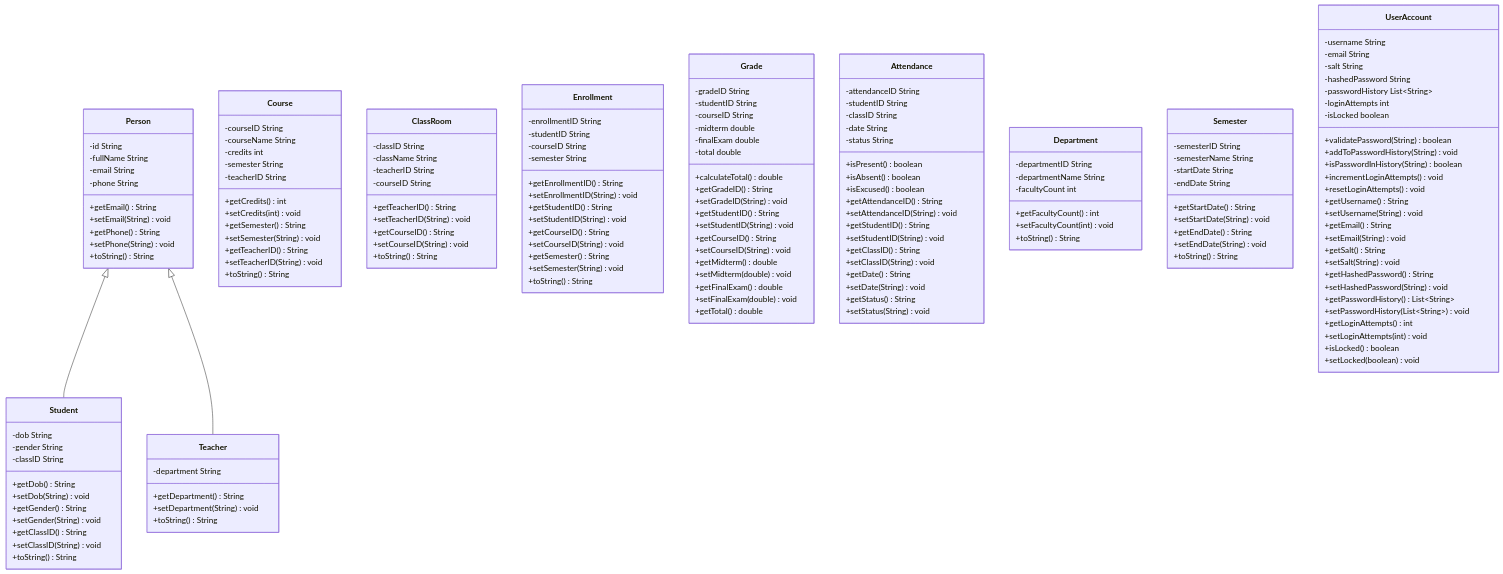
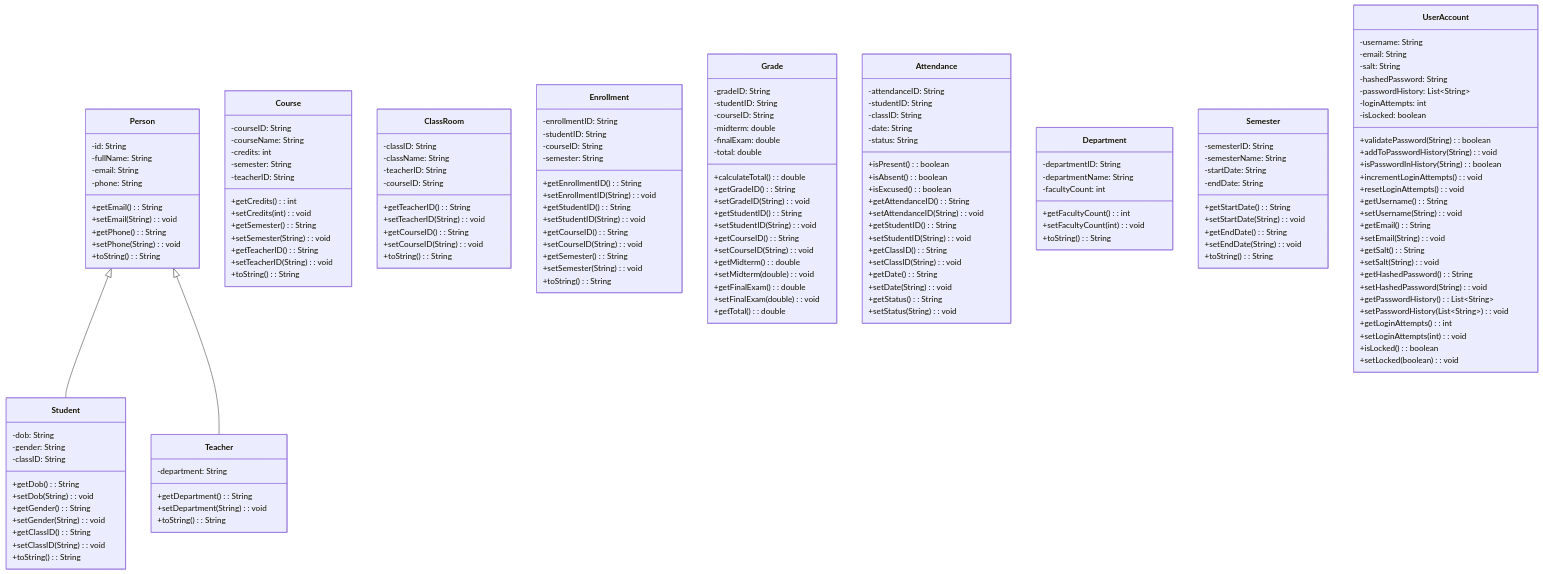
The diagram in docs/ClassDiagrams/ClassDiagram.md (phucphuc2006/pro-192), drawn with Mermaid before and after one commit.

Commit message:
Update Class Diagram: remove Identifiable and format attributes

````diff
--- a/docs/ClassDiagrams/ClassDiagram.md
+++ b/docs/ClassDiagrams/ClassDiagram.md
@@ -7,35 +7,35 @@
 
 
     class Person {
-        -id String
-        -fullName String
-        -email String
-        -phone String
-        +getEmail() String
-        +setEmail(String) void
-        +getPhone() String
-        +setPhone(String) void
-        +toString() String
+        -id: String
+        -fullName: String
+        -email: String
+        -phone: String
+        +getEmail(): String
+        +setEmail(String): void
+        +getPhone(): String
+        +setPhone(String): void
+        +toString(): String
     }
 
     class Student {
-        -dob String
-        -gender String
-        -classID String
-        +getDob() String
-        +setDob(String) void
-        +getGender() String
-        +setGender(String) void
-        +getClassID() String
-        +setClassID(String) void
-        +toString() String
+        -dob: String
+        -gender: String
+        -classID: String
+        +getDob(): String
+        +setDob(String): void
+        +getGender(): String
+        +setGender(String): void
+        +getClassID(): String
+        +setClassID(String): void
+        +toString(): String
     }
 
     class Teacher {
-        -department String
-        +getDepartment() String
-        +setDepartment(String) void
-        +toString() String
+        -department: String
+        +getDepartment(): String
+        +setDepartment(String): void
+        +toString(): String
     }
 
 
@@ -43,141 +43,141 @@
     Person <|-- Teacher
 
     class Course {
-        -courseID String
-        -courseName String
-        -credits int
-        -semester String
-        -teacherID String
-        +getCredits() int
-        +setCredits(int) void
-        +getSemester() String
-        +setSemester(String) void
-        +getTeacherID() String
-        +setTeacherID(String) void
-        +toString() String
+        -courseID: String
+        -courseName: String
+        -credits: int
+        -semester: String
+        -teacherID: String
+        +getCredits(): int
+        +setCredits(int): void
+        +getSemester(): String
+        +setSemester(String): void
+        +getTeacherID(): String
+        +setTeacherID(String): void
+        +toString(): String
     }
 
     class ClassRoom {
-        -classID String
-        -className String
-        -teacherID String
-        -courseID String
-        +getTeacherID() String
-        +setTeacherID(String) void
-        +getCourseID() String
-        +setCourseID(String) void
-        +toString() String
+        -classID: String
+        -className: String
+        -teacherID: String
+        -courseID: String
+        +getTeacherID(): String
+        +setTeacherID(String): void
+        +getCourseID(): String
+        +setCourseID(String): void
+        +toString(): String
     }
 
 
 
     class Enrollment {
-        -enrollmentID String
-        -studentID String
-        -courseID String
-        -semester String
-        +getEnrollmentID() String
-        +setEnrollmentID(String) void
-        +getStudentID() String
-        +setStudentID(String) void
-        +getCourseID() String
-        +setCourseID(String) void
-        +getSemester() String
-        +setSemester(String) void
-        +toString() String
+        -enrollmentID: String
+        -studentID: String
+        -courseID: String
+        -semester: String
+        +getEnrollmentID(): String
+        +setEnrollmentID(String): void
+        +getStudentID(): String
+        +setStudentID(String): void
+        +getCourseID(): String
+        +setCourseID(String): void
+        +getSemester(): String
+        +setSemester(String): void
+        +toString(): String
     }
 
     class Grade {
-        -gradeID String
-        -studentID String
-        -courseID String
-        -midterm double
-        -finalExam double
-        -total double
-        +calculateTotal() double
-        +getGradeID() String
-        +setGradeID(String) void
-        +getStudentID() String
-        +setStudentID(String) void
-        +getCourseID() String
-        +setCourseID(String) void
-        +getMidterm() double
-        +setMidterm(double) void
-        +getFinalExam() double
-        +setFinalExam(double) void
-        +getTotal() double
+        -gradeID: String
+        -studentID: String
+        -courseID: String
+        -midterm: double
+        -finalExam: double
+        -total: double
+        +calculateTotal(): double
+        +getGradeID(): String
+        +setGradeID(String): void
+        +getStudentID(): String
+        +setStudentID(String): void
+        +getCourseID(): String
+        +setCourseID(String): void
+        +getMidterm(): double
+        +setMidterm(double): void
+        +getFinalExam(): double
+        +setFinalExam(double): void
+        +getTotal(): double
     }
 
     class Attendance {
-        -attendanceID String
-        -studentID String
-        -classID String
-        -date String
-        -status String
-        +isPresent() boolean
-        +isAbsent() boolean
-        +isExcused() boolean
-        +getAttendanceID() String
-        +setAttendanceID(String) void
-        +getStudentID() String
-        +setStudentID(String) void
-        +getClassID() String
-        +setClassID(String) void
-        +getDate() String
-        +setDate(String) void
-        +getStatus() String
-        +setStatus(String) void
+        -attendanceID: String
+        -studentID: String
+        -classID: String
+        -date: String
+        -status: String
+        +isPresent(): boolean
+        +isAbsent(): boolean
+        +isExcused(): boolean
+        +getAttendanceID(): String
+        +setAttendanceID(String): void
+        +getStudentID(): String
+        +setStudentID(String): void
+        +getClassID(): String
+        +setClassID(String): void
+        +getDate(): String
+        +setDate(String): void
+        +getStatus(): String
+        +setStatus(String): void
     }
 
     class Department {
-        -departmentID String
-        -departmentName String
-        -facultyCount int
-        +getFacultyCount() int
-        +setFacultyCount(int) void
-        +toString() String
+        -departmentID: String
+        -departmentName: String
+        -facultyCount: int
+        +getFacultyCount(): int
+        +setFacultyCount(int): void
+        +toString(): String
     }
 
     class Semester {
-        -semesterID String
-        -semesterName String
-        -startDate String
-        -endDate String
-        +getStartDate() String
-        +setStartDate(String) void
-        +getEndDate() String
-        +setEndDate(String) void
-        +toString() String
+        -semesterID: String
+        -semesterName: String
+        -startDate: String
+        -endDate: String
+        +getStartDate(): String
+        +setStartDate(String): void
+        +getEndDate(): String
+        +setEndDate(String): void
+        +toString(): String
     }
 
 
 
     class UserAccount {
-        -username String
-        -email String
-        -salt String
-        -hashedPassword String
-        -passwordHistory List~String~
-        -loginAttempts int
-        -isLocked boolean
-        +validatePassword(String) boolean
-        +addToPasswordHistory(String) void
-        +isPasswordInHistory(String) boolean
-        +incrementLoginAttempts() void
-        +resetLoginAttempts() void
-        +getUsername() String
-        +setUsername(String) void
-        +getEmail() String
-        +setEmail(String) void
-        +getSalt() String
-        +setSalt(String) void
-        +getHashedPassword() String
-        +setHashedPassword(String) void
-        +getPasswordHistory() List~String~
-        +setPasswordHistory(List~String~) void
-        +getLoginAttempts() int
-        +setLoginAttempts(int) void
-        +isLocked() boolean
-        +setLocked(boolean) void
+        -username: String
+        -email: String
+        -salt: String
+        -hashedPassword: String
+        -passwordHistory: List~String~
+        -loginAttempts: int
+        -isLocked: boolean
+        +validatePassword(String): boolean
+        +addToPasswordHistory(String): void
+        +isPasswordInHistory(String): boolean
+        +incrementLoginAttempts(): void
+        +resetLoginAttempts(): void
+        +getUsername(): String
+        +setUsername(String): void
+        +getEmail(): String
+        +setEmail(String): void
+        +getSalt(): String
+        +setSalt(String): void
+        +getHashedPassword(): String
+        +setHashedPassword(String): void
+        +getPasswordHistory(): List~String~
+        +setPasswordHistory(List~String~): void
+        +getLoginAttempts(): int
+        +setLoginAttempts(int): void
+        +isLocked(): boolean
+        +setLocked(boolean): void
     }
 ```
````
